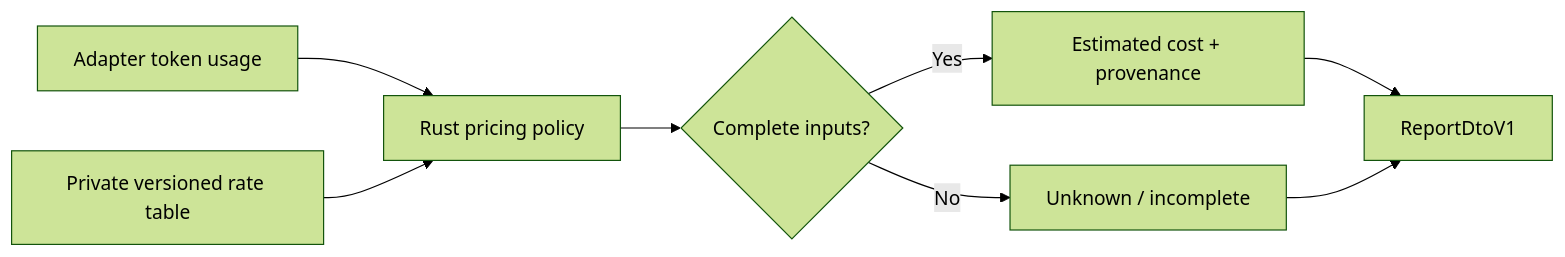
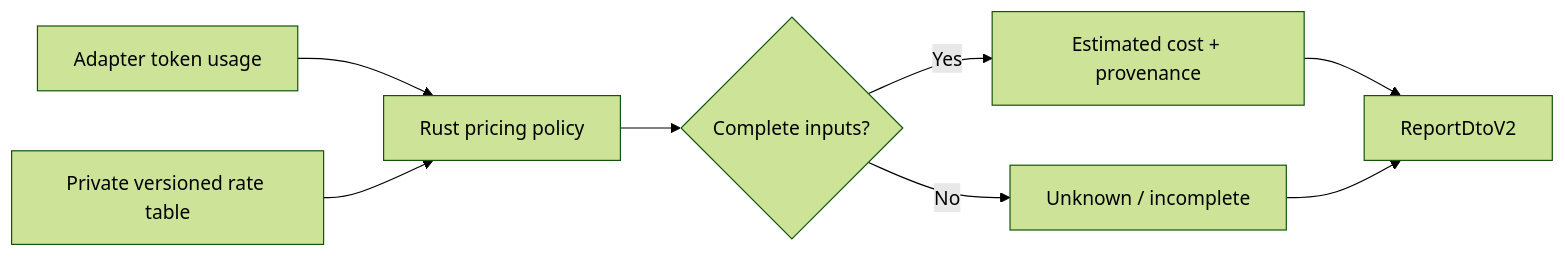
The diagram in docs/COST_ESTIMATION.md (MCprotein/agent-observability), drawn with Mermaid (forest theme) before and after one commit. The commit also changed other lines of this file and 55 other files, not shown here.

````diff
--- a/docs/COST_ESTIMATION.md
+++ b/docs/COST_ESTIMATION.md
@@ -83,16 +83,16 @@
 ```mermaid
 flowchart LR
     Usage["Adapter token usage"]
     Rates["Private versioned rate table"]
     Policy["Rust pricing policy"]
     Status{"Complete inputs?"}
     Cost["Estimated cost + provenance"]
     Unknown["Unknown / incomplete"]
-    DTO["ReportDtoV1"]
+    DTO["ReportDtoV2"]
 
     Usage --> Policy
     Rates --> Policy
     Policy --> Status
     Status -->|Yes| Cost --> DTO
     Status -->|No| Unknown --> DTO
 ```
````
